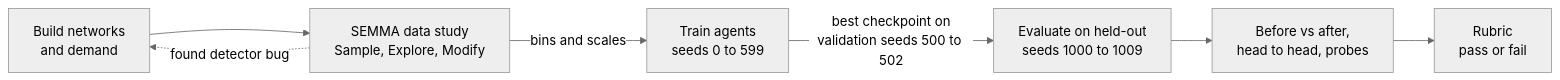
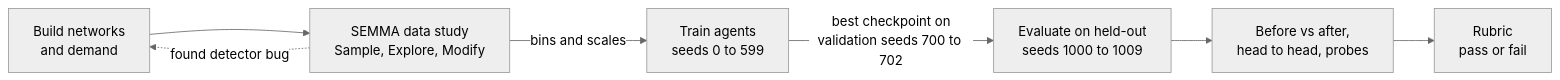
The first of 2 diagrams in README.md (Chimwemwe-127001/smart-traffic-light-rl), drawn with Mermaid (neutral theme) before and after one commit. The commit also changed other lines of this file and 1 other file, not shown here.

````diff
--- a/README.md
+++ b/README.md
@@ -72,9 +72,9 @@
 ```mermaid
 flowchart LR
     A[Build networks<br/>and demand] --> B[SEMMA data study<br/>Sample, Explore, Modify]
     B -->|bins and scales| C[Train agents<br/>seeds 0 to 599]
-    C -->|best checkpoint on<br/>validation seeds 500 to 502| D[Evaluate on held-out<br/>seeds 1000 to 1009]
+    C -->|best checkpoint on<br/>validation seeds 700 to 702| D[Evaluate on held-out<br/>seeds 1000 to 1009]
     D --> E[Before vs after,<br/>head to head, probes]
     E --> F[Rubric<br/>pass or fail]
     B -.->|found detector bug| A
 ```
````
